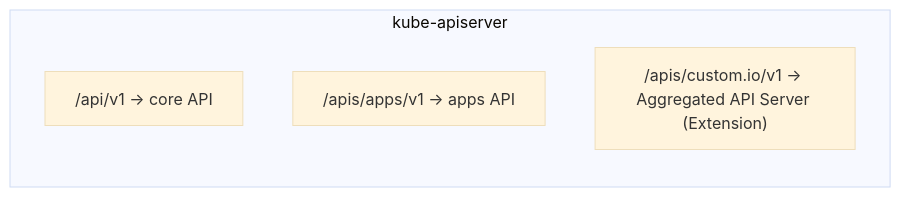
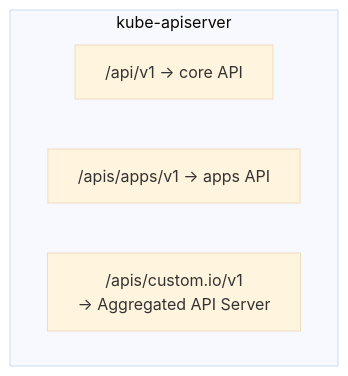
One commit to K-Diger/k-diger.github.io changed the second of 2 diagrams in _posts/2026-01-15-kubernetes-25-crd-operator.md. Above: the diagram before and after it, drawn with Mermaid (base theme). The commit also changed other lines of this file and 13 other files, not shown here.

````diff
--- a/_posts/2026-01-15-kubernetes-25-crd-operator.md
+++ b/_posts/2026-01-15-kubernetes-25-crd-operator.md
@@ -349,8 +347,8 @@
 ```mermaid
-flowchart LR
+flowchart TB
     subgraph apiserver["kube-apiserver"]
         core["/api/v1 → core API"]
         apps["/apis/apps/v1 → apps API"]
-        custom["/apis/custom.io/v1 → Aggregated API Server (Extension)"]
+        custom["/apis/custom.io/v1<br/>→ Aggregated API Server"]
     end
 ```
````
